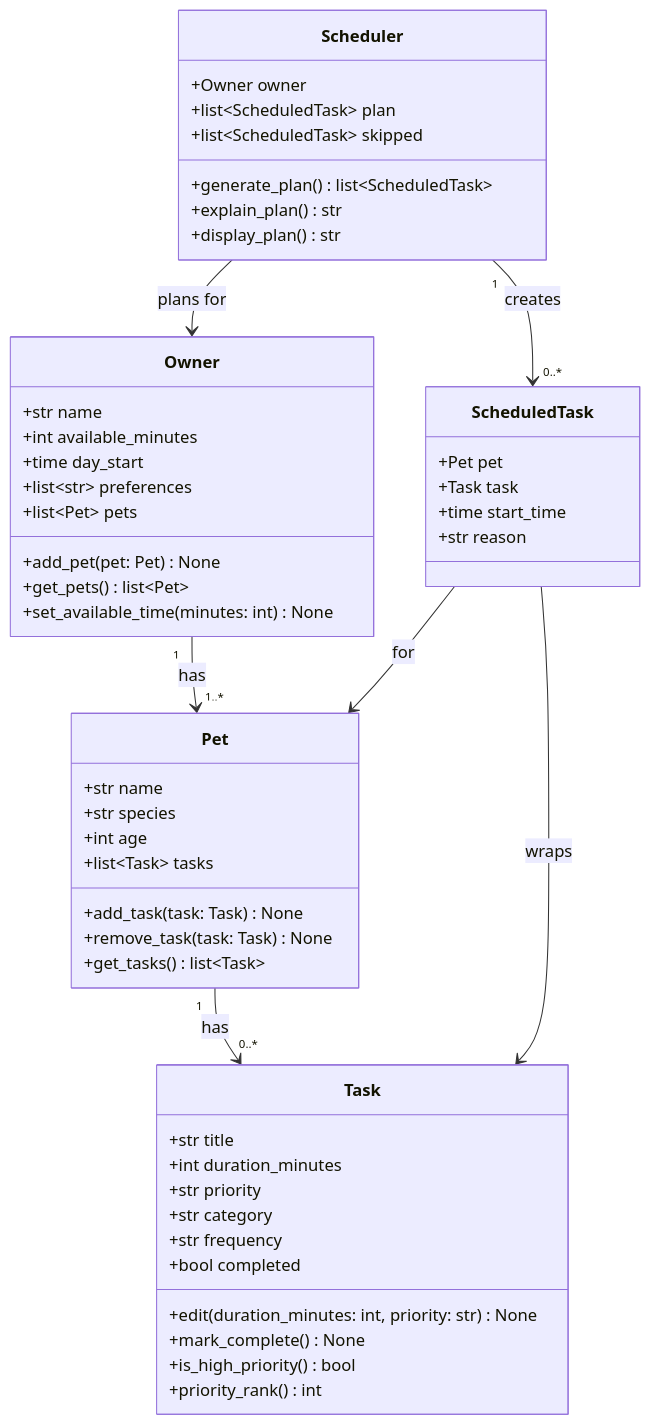
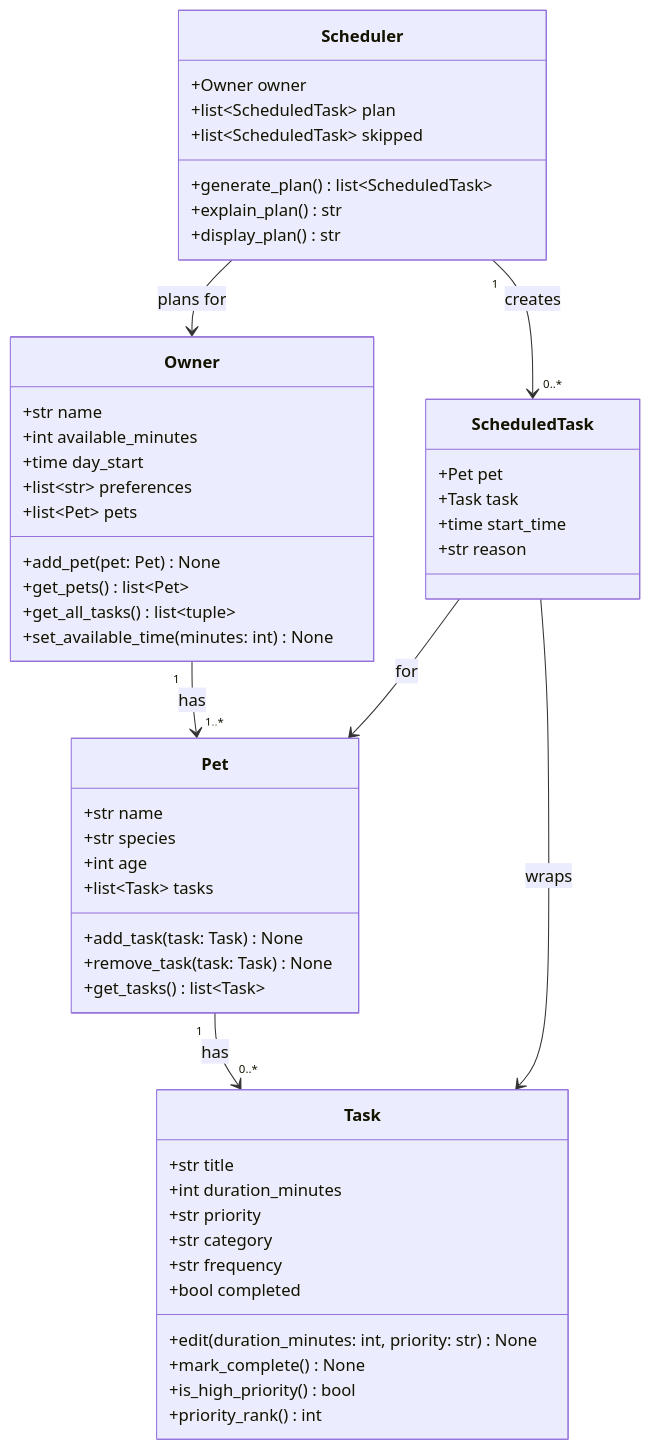
Before and after one commit to IdyR17/ai110-module2show-pawpal-starter: the diagram in diagrams/uml.mmd, drawn with Mermaid. The commit also changed 5 other files, not shown here.

```diff
--- a/diagrams/uml.mmd
+++ b/diagrams/uml.mmd
@@ -1,59 +1,60 @@
 classDiagram
     %% Keep this file updated so it matches your final implementation.
 
     class Owner {
         +str name
         +int available_minutes
         +time day_start
         +list~str~ preferences
         +list~Pet~ pets
         +add_pet(pet: Pet) None
         +get_pets() list~Pet~
+        +get_all_tasks() list~tuple~
         +set_available_time(minutes: int) None
     }
 
     class Pet {
         +str name
         +str species
         +int age
         +list~Task~ tasks
         +add_task(task: Task) None
         +remove_task(task: Task) None
         +get_tasks() list~Task~
     }
 
     class Task {
         +str title
         +int duration_minutes
         +str priority
         +str category
         +str frequency
         +bool completed
         +edit(duration_minutes: int, priority: str) None
         +mark_complete() None
         +is_high_priority() bool
         +priority_rank() int
     }
 
     class ScheduledTask {
         +Pet pet
         +Task task
         +time start_time
         +str reason
     }
 
     class Scheduler {
         +Owner owner
         +list~ScheduledTask~ plan
         +list~ScheduledTask~ skipped
         +generate_plan() list~ScheduledTask~
         +explain_plan() str
         +display_plan() str
     }
 
     Owner "1" --> "1..*" Pet : has
     Pet "1" --> "0..*" Task : has
     Scheduler --> Owner : plans for
     Scheduler "1" --> "0..*" ScheduledTask : creates
     ScheduledTask --> Pet : for
     ScheduledTask --> Task : wraps
```
